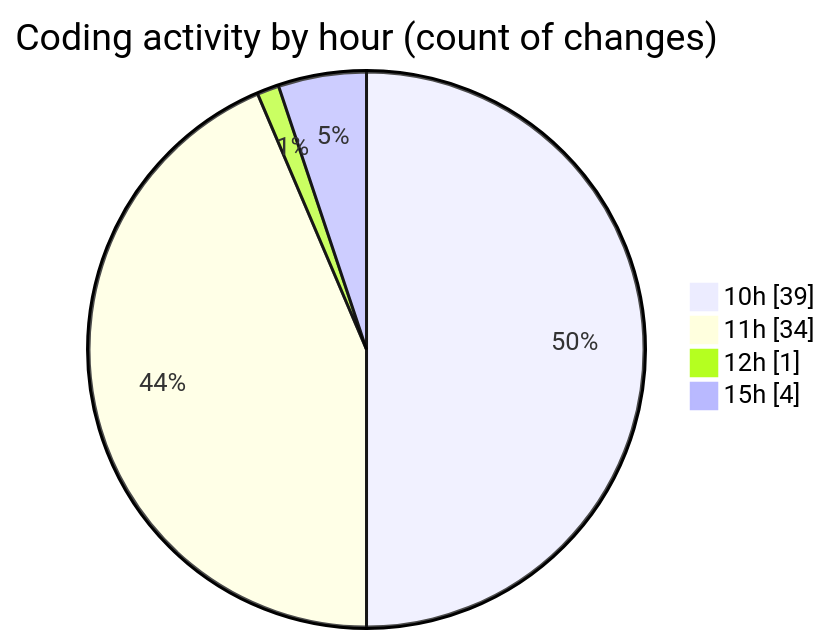
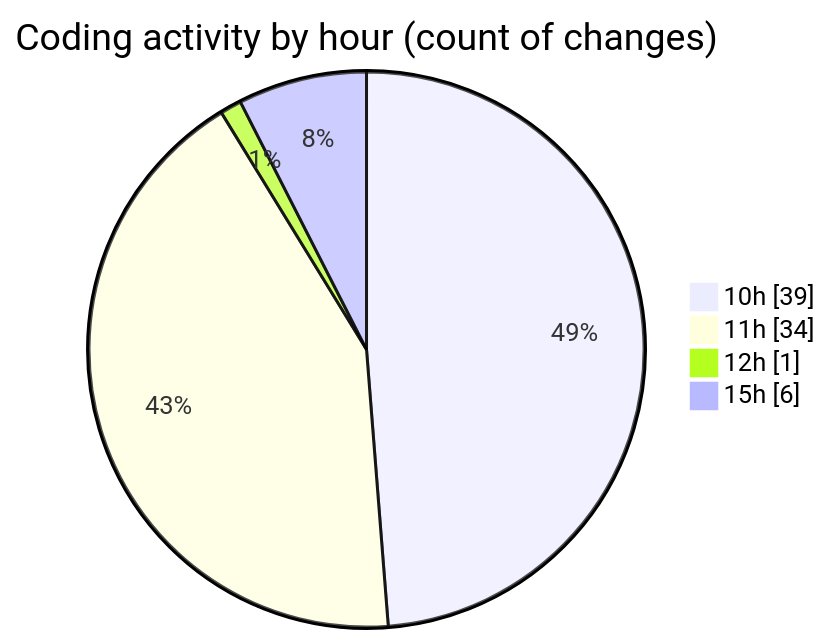
Before and after one commit to CELIANVF/code-tracking: the second of 2 diagrams in 2025-04-15/portfolio/README.md, drawn with Mermaid. The commit also changed other lines of this file and 1 other file, not shown here.

````diff
--- a/2025-04-15/portfolio/README.md
+++ b/2025-04-15/portfolio/README.md
@@ -30,8 +30,8 @@
 ```mermaid
 pie showData
 title Coding activity by hour (count of changes)
 "10h" : 39
 "11h" : 34
 "12h" : 1
-"15h" : 4
+"15h" : 6
 ```
````
